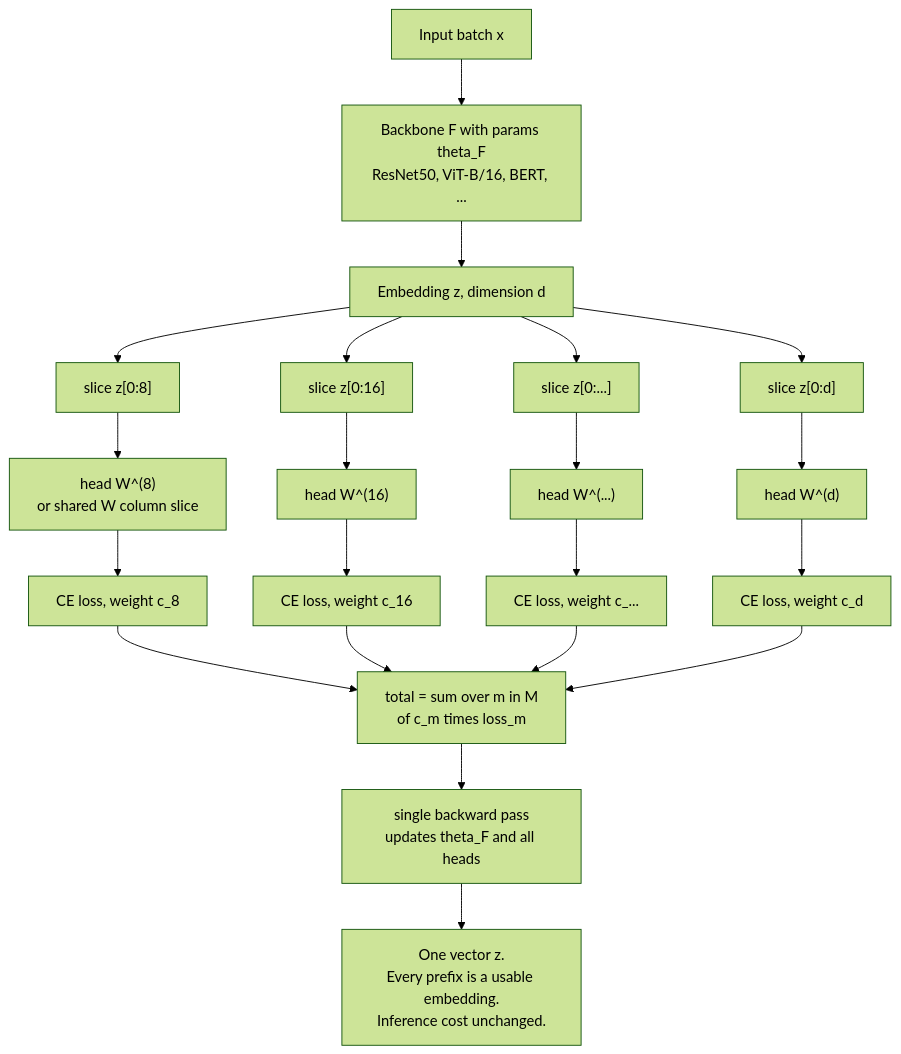
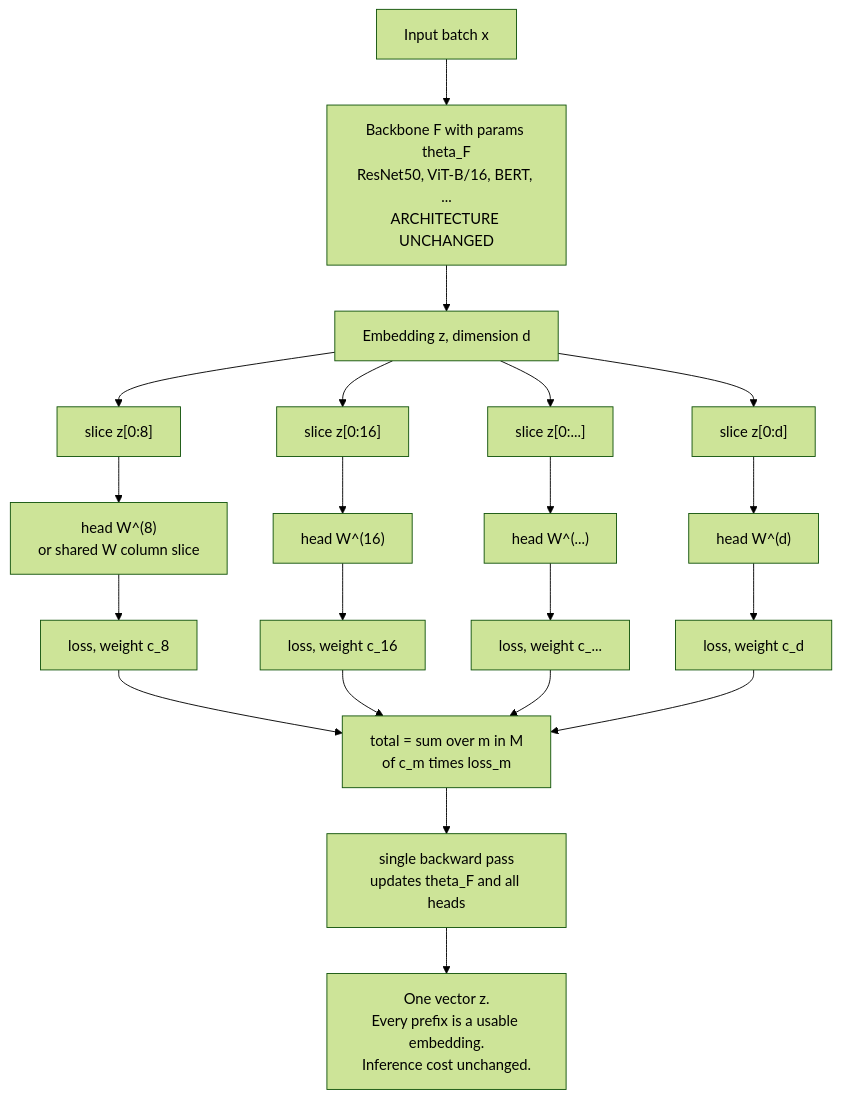
The third of 8 diagrams in docs/mrl-kb.md (karolmajek/torment-nexus), drawn with Mermaid (forest theme) before and after one commit. The commit also changed other lines of this file, not shown here.

````diff
--- a/docs/mrl-kb.md
+++ b/docs/mrl-kb.md
@@ -144,28 +166,28 @@
 ```mermaid
 flowchart TD
-    IN["Input batch x"] --> BB["Backbone F with params theta_F<br/>ResNet50, ViT-B/16, BERT, ..."]
+    IN["Input batch x"] --> BB["Backbone F with params theta_F<br/>ResNet50, ViT-B/16, BERT, ...<br/>ARCHITECTURE UNCHANGED"]
     BB --> Z["Embedding z, dimension d"]
 
     Z --> S1["slice z[0:8]"]
     Z --> S2["slice z[0:16]"]
     Z --> S3["slice z[0:...]"]
     Z --> S4["slice z[0:d]"]
 
     S1 --> H1["head W^(8)<br/>or shared W column slice"]
     S2 --> H2["head W^(16)"]
     S3 --> H3["head W^(...)"]
     S4 --> H4["head W^(d)"]
 
-    H1 --> L1["CE loss, weight c_8"]
-    H2 --> L2["CE loss, weight c_16"]
-    H3 --> L3["CE loss, weight c_..."]
-    H4 --> L4["CE loss, weight c_d"]
+    H1 --> L1["loss, weight c_8"]
+    H2 --> L2["loss, weight c_16"]
+    H3 --> L3["loss, weight c_..."]
+    H4 --> L4["loss, weight c_d"]
 
     L1 --> SUM["total = sum over m in M<br/>of c_m times loss_m"]
     L2 --> SUM
     L3 --> SUM
     L4 --> SUM
 
     SUM --> BW["single backward pass<br/>updates theta_F and all heads"]
     BW --> OUT["One vector z.<br/>Every prefix is a usable embedding.<br/>Inference cost unchanged."]
 ```
````
